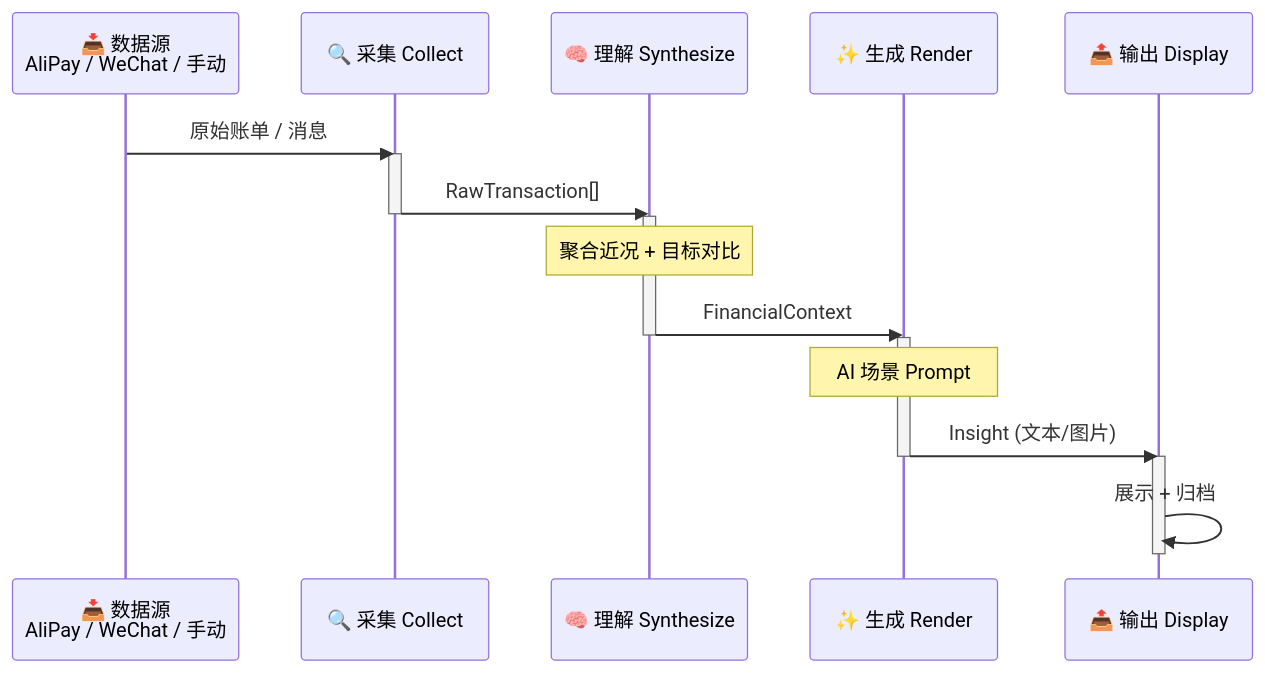
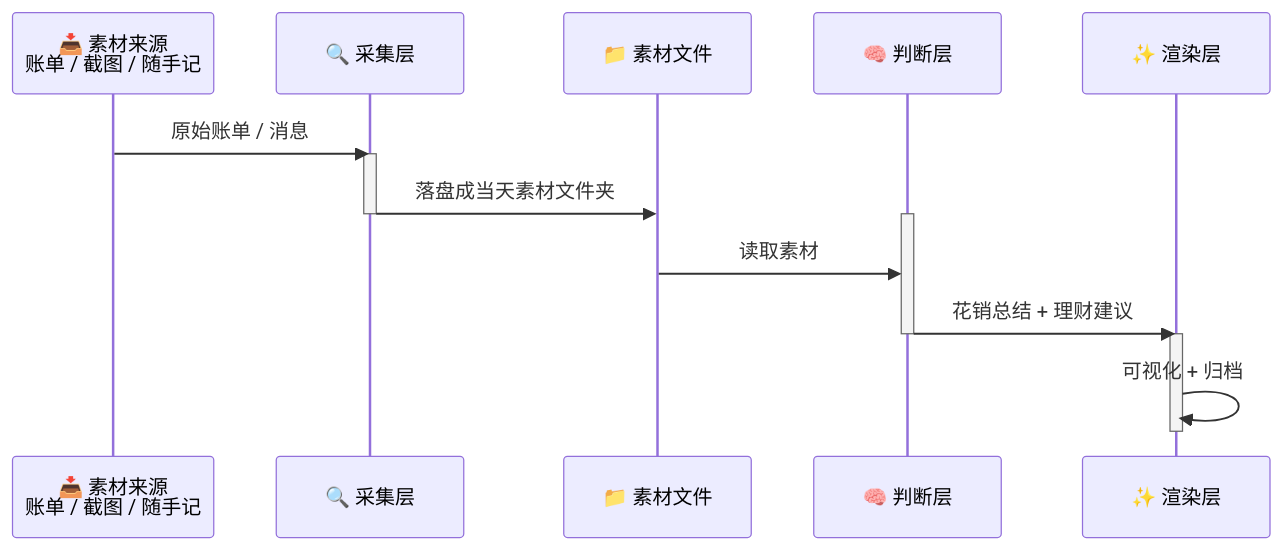
Before and after one commit to Nanaqiay001/StepLedger: the diagram in README.md, drawn with Mermaid. The commit also changed other lines of this file and 8 other files, not shown here.

````diff
--- a/README.md
+++ b/README.md
@@ -7,24 +11,20 @@
 ```mermaid
 sequenceDiagram
-    participant DS as 📥 数据源<br/>AliPay / WeChat / 手动
-    participant C as 🔍 采集 Collect
-    participant S as 🧠 理解 Synthesize
-    participant R as ✨ 生成 Render
-    participant D as 📤 输出 Display
+    participant DS as 📥 素材来源<br/>账单 / 截图 / 随手记
+    participant C as 🔍 采集层
+    participant M as 📁 素材文件
+    participant J as 🧠 判断层
+    participant R as ✨ 渲染层
 
     DS->>C: 原始账单 / 消息
     activate C
-    C->>S: RawTransaction[]
+    C->>M: 落盘成当天素材文件夹
     deactivate C
-    activate S
-    Note over S: 聚合近况 + 目标对比
-    S->>R: FinancialContext
-    deactivate S
+    activate J
+    M->>J: 读取素材
+    J->>R: 花销总结 + 理财建议
+    deactivate J
     activate R
-    Note over R: AI 场景 Prompt
-    R->>D: Insight (文本/图片)
+    R->>R: 可视化 + 归档
     deactivate R
-    activate D
-    D->>D: 展示 + 归档
-    deactivate D
 ```
````
